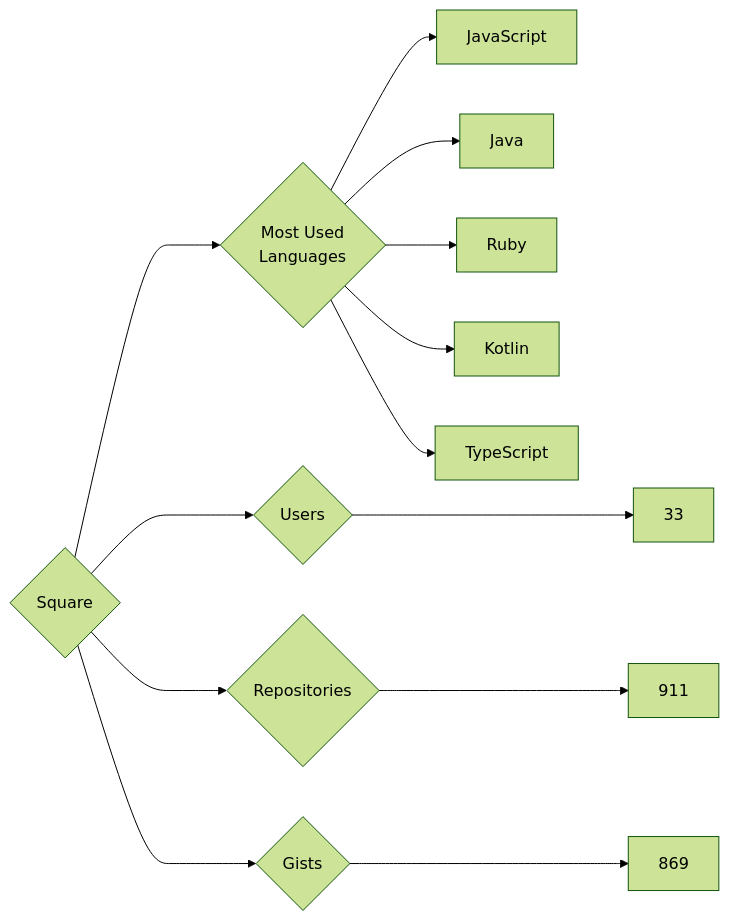
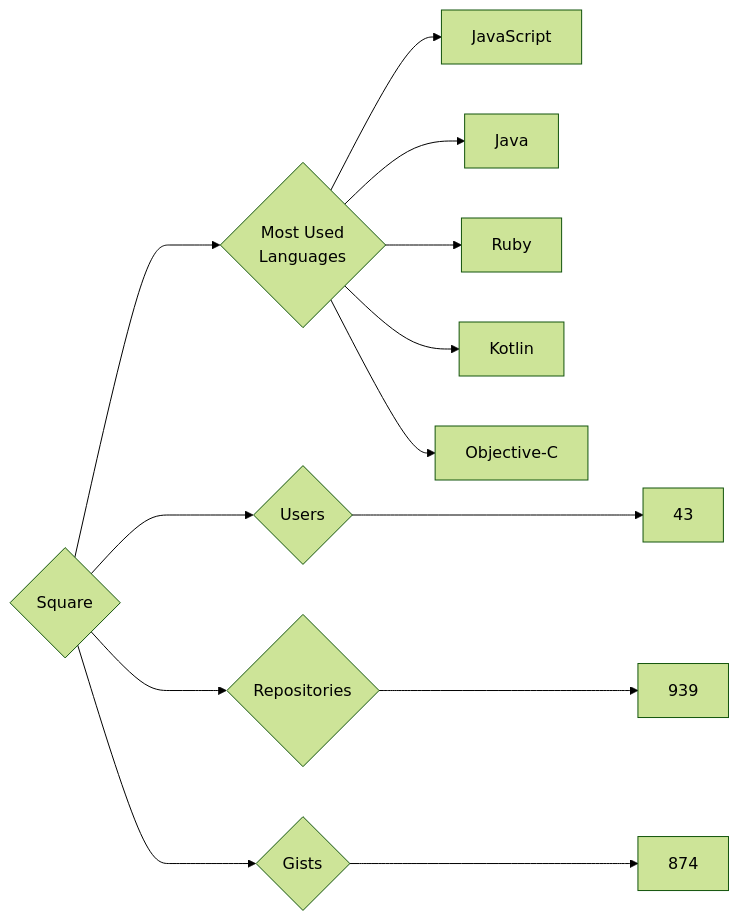
Before and after one commit to trickest/insiders: the diagram in targets/Square/README.md, drawn with Mermaid (forest theme). The commit also changed 964 other files, not shown here.

````diff
--- a/targets/Square/README.md
+++ b/targets/Square/README.md
@@ -3,13 +3,13 @@
 ```mermaid
 graph LR
 COMPANY_NAME{Square}
-COMPANY_NAME ---> U{Users} ---> UN[33]
-COMPANY_NAME ---> R{Repositories} ---> RN[911]
-COMPANY_NAME ---> G{Gists} ---> GN[869]
+COMPANY_NAME ---> U{Users} ---> UN[43]
+COMPANY_NAME ---> R{Repositories} ---> RN[939]
+COMPANY_NAME ---> G{Gists} ---> GN[874]
 COMPANY_NAME ---> ML{Most Used<br>Languages}
 ML --> JavaScript[JavaScript]
 ML --> Java[Java]
 ML --> Ruby[Ruby]
 ML --> Kotlin[Kotlin]
-ML --> TypeScript[TypeScript]
+ML --> Objective-C[Objective-C]
 ```
````
